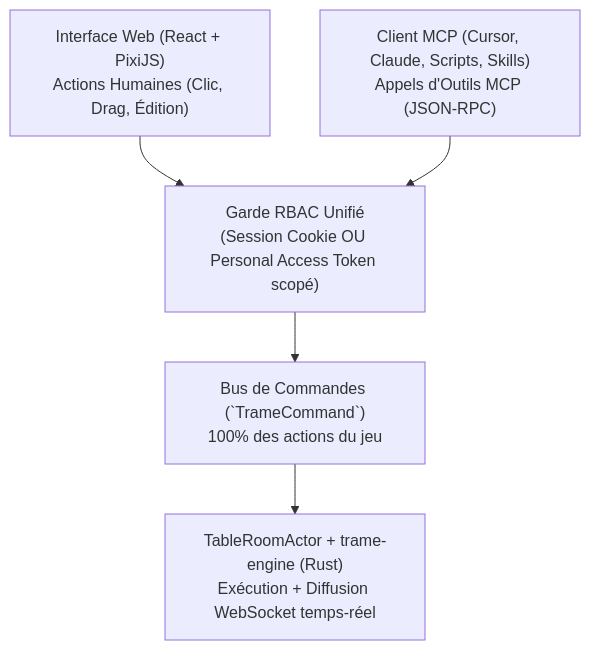
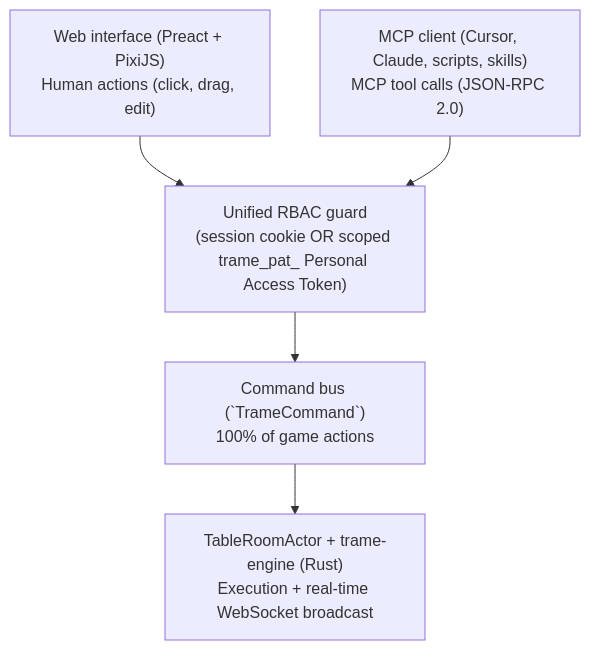
Before and after one commit to Hartorn-Inc/trame: the diagram in docs/specs/03-MCP-AND-NOTES-SPEC.md, drawn with Mermaid. The commit also changed other lines of this file and 256 other files, not shown here.

````diff
--- a/docs/specs/03-MCP-AND-NOTES-SPEC.md
+++ b/docs/specs/03-MCP-AND-NOTES-SPEC.md
@@ -13,13 +13,13 @@
 ```mermaid
 graph TB
-    UI["Interface Web (React + PixiJS)\nActions Humaines (Clic, Drag, Édition)"]
-    MCP["Client MCP (Cursor, Claude, Scripts, Skills)\nAppels d'Outils MCP (JSON-RPC)"]
-    Auth["Garde RBAC Unifié\n(Session Cookie OU Personal Access Token scopé)"]
-    Bus["Bus de Commandes (`TrameCommand`)\n100% des actions du jeu"]
-    Engine["TableRoomActor + trame-engine (Rust)\nExécution + Diffusion WebSocket temps-réel"]
+    UI["Web interface (Preact + PixiJS)\nHuman actions (click, drag, edit)"]
+    MCP["MCP client (Cursor, Claude, scripts, skills)\nMCP tool calls (JSON-RPC 2.0)"]
+    Auth["Unified RBAC guard\n(session cookie OR scoped trame_pat_ Personal Access Token)"]
+    Bus["Command bus (`TrameCommand`)\n100% of game actions"]
+    Engine["TableRoomActor + trame-engine (Rust)\nExecution + real-time WebSocket broadcast"]
 
     UI --> Auth
     MCP --> Auth
     Auth --> Bus
     Bus --> Engine
 ```
````
